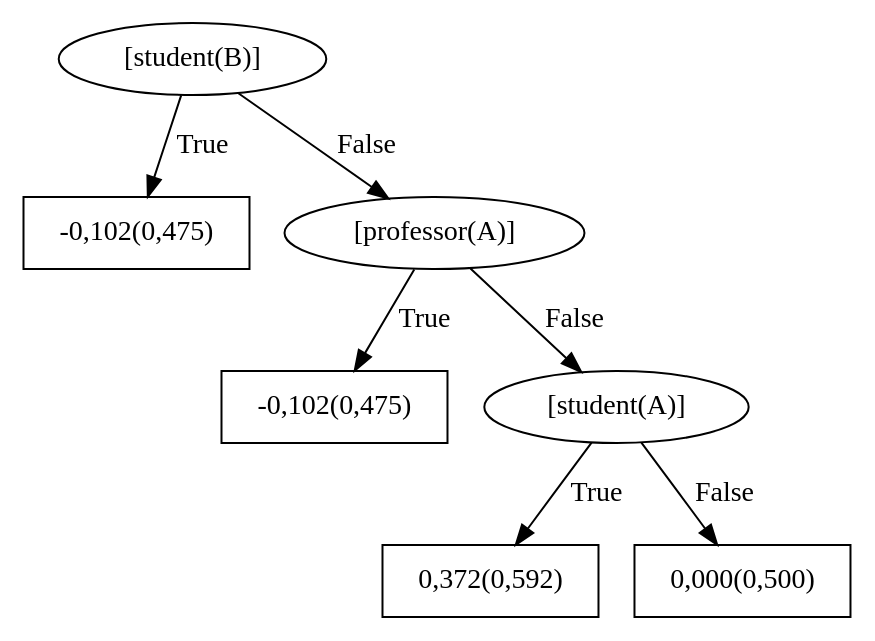
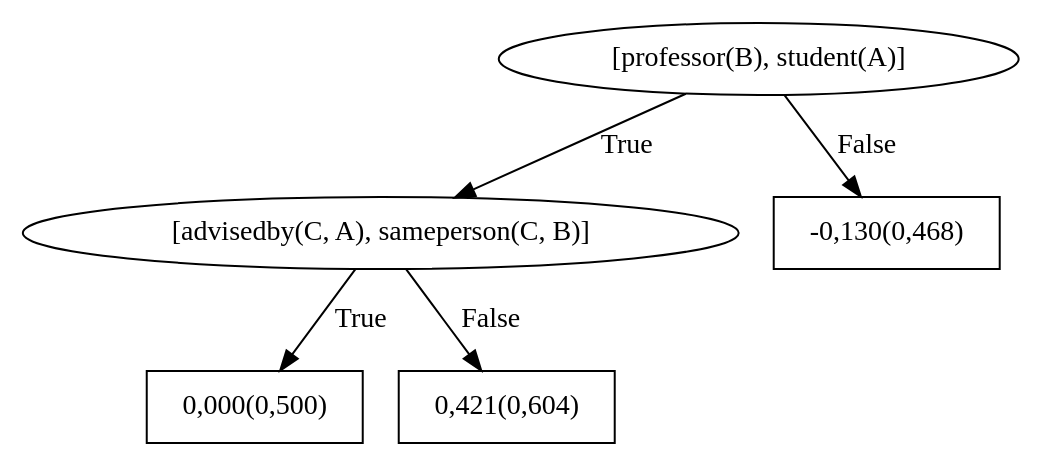
The diagram in boostsrl/train/models/bRDNs/dotFiles/WILLTreeFor_advisedby3.dot (MeLLL-UFF/groot), drawn with Graphviz before and after one commit. The commit also changed 67 other files, not shown here.

```diff
--- a/boostsrl/train/models/bRDNs/dotFiles/WILLTreeFor_advisedby3.dot
+++ b/boostsrl/train/models/bRDNs/dotFiles/WILLTreeFor_advisedby3.dot
@@ -1,15 +1,11 @@
 digraph G{ 
-1[label = "[student(B)]"];
+1[label = "[professor(B), student(A)]"];
 1 -> 2[label="True"];
 1 -> 3[label="False"];
-2[shape = box,label = "-0,102(0,475)"];
-3[label = "[professor(A)]"];
-3 -> 4[label="True"];
-3 -> 5[label="False"];
-4[shape = box,label = "-0,102(0,475)"];
-5[label = "[student(A)]"];
-5 -> 6[label="True"];
-5 -> 7[label="False"];
-6[shape = box,label = "0,372(0,592)"];
-7[shape = box,label = "0,000(0,500)"];
+2[label = "[advisedby(C, A), sameperson(C, B)]"];
+2 -> 4[label="True"];
+2 -> 5[label="False"];
+4[shape = box,label = "0,000(0,500)"];
+5[shape = box,label = "0,421(0,604)"];
+3[shape = box,label = "-0,130(0,468)"];
 }
```
